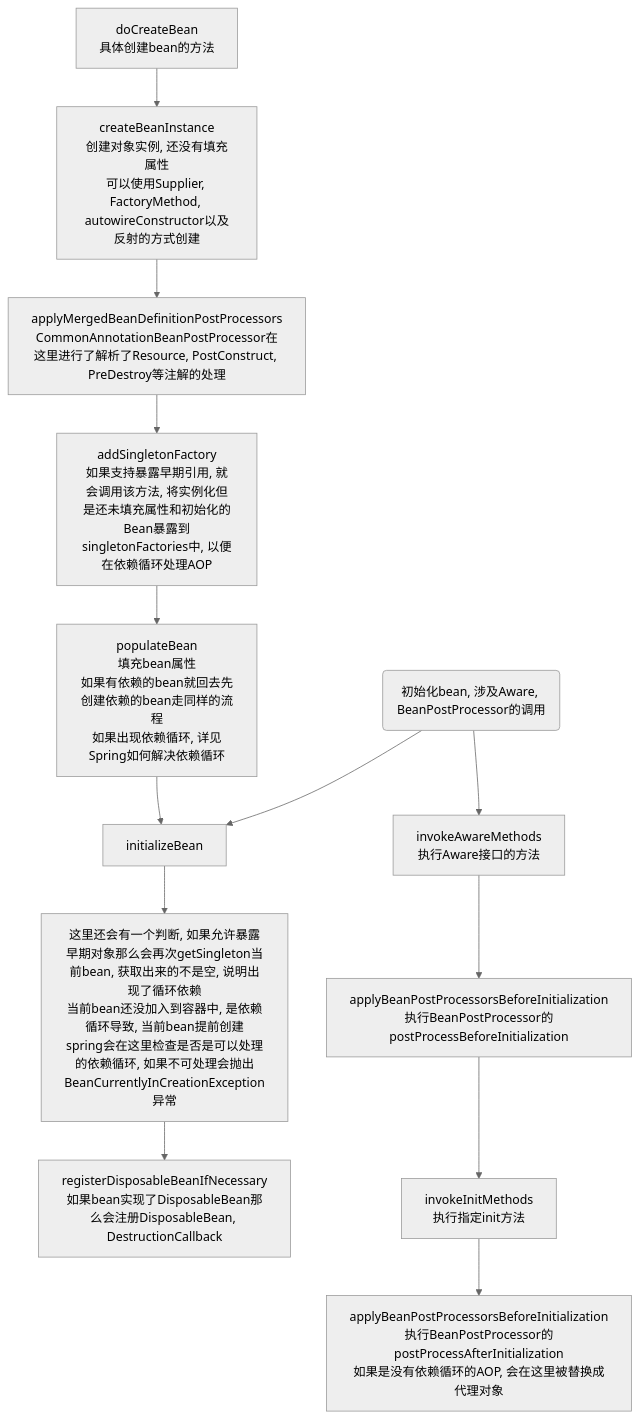
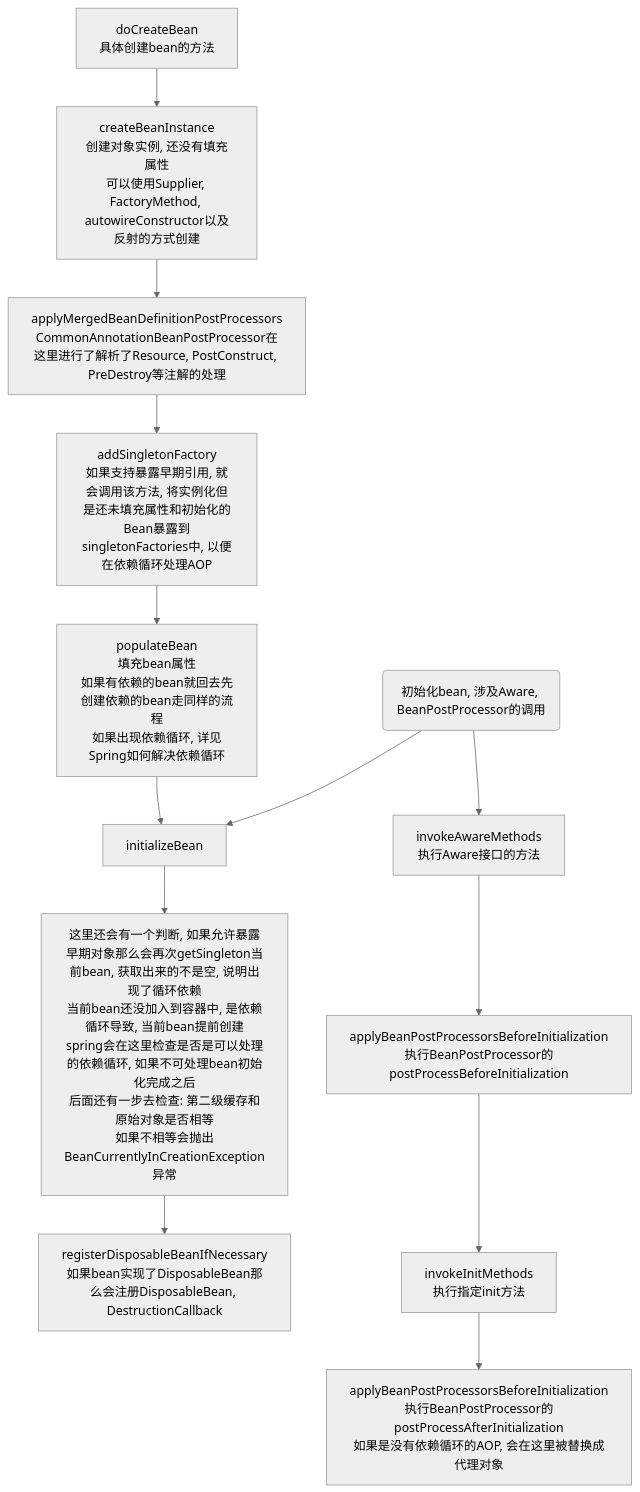
Before and after one commit to LCW-QAQ/StudayNote: diagram 12 of 12 in Spring/Spring源码.md, drawn with Mermaid (neutral theme).

````diff
--- a/Spring/Spring源码.md
+++ b/Spring/Spring源码.md
@@ -697,16 +697,16 @@
 ```mermaid
 graph TB
 doCreateBean[doCreateBean<br>具体创建bean的方法] --> createBeanInstance[createBeanInstance<br>创建对象实例, 还没有填充属性<br>可以使用Supplier, FactoryMethod, autowireConstructor以及反射的方式创建]
 	--> applyMergedBeanDefinitionPostProcessors[applyMergedBeanDefinitionPostProcessors<br>CommonAnnotationBeanPostProcessor在这里进行了解析了Resource, PostConstruct, PreDestroy等注解的处理]
 	--> addSingletonFactory[addSingletonFactory<br>如果支持暴露早期引用, 就会调用该方法, 将实例化但是还未填充属性和初始化的Bean暴露到singletonFactories中, 以便在依赖循环处理AOP]
 	--> populateBean[populateBean<br>填充bean属性<br>如果有依赖的bean就回去先创建依赖的bean走同样的流程<br>如果出现依赖循环, 详见Spring如何解决依赖循环]
 	--> initializeBean[initializeBean]
-	--> earlySingletonExposure[这里还会有一个判断, 如果允许暴露早期对象那么会再次getSingleton当前bean, 获取出来的不是空, 说明出现了循环依赖<br>当前bean还没加入到容器中, 是依赖循环导致, 当前bean提前创建<br>spring会在这里检查是否是可以处理的依赖循环, 如果不可处理会抛出BeanCurrentlyInCreationException异常]
+	--> earlySingletonExposure[这里还会有一个判断, 如果允许暴露早期对象那么会再次getSingleton当前bean, 获取出来的不是空, 说明出现了循环依赖<br>当前bean还没加入到容器中, 是依赖循环导致, 当前bean提前创建<br>spring会在这里检查是否是可以处理的依赖循环, 如果不可处理bean初始化完成之后<br>后面还有一步去检查: 第二级缓存和原始对象是否相等<br>如果不相等会抛出BeanCurrentlyInCreationException异常]
 	--> registerDisposableBeanIfNecessary[registerDisposableBeanIfNecessary<br>如果bean实现了DisposableBean那么会注册DisposableBean, DestructionCallback]
 	
 initializeBean__INFO(初始化bean, 涉及Aware, BeanPostProcessor的调用) --> initializeBean
 initializeBean__INFO --> invokeAwareMethods[invokeAwareMethods<br>执行Aware接口的方法]
 	--> applyBeanPostProcessorsBeforeInitialization[applyBeanPostProcessorsBeforeInitialization<br>执行BeanPostProcessor的postProcessBeforeInitialization]
 	--> invokeInitMethods[invokeInitMethods<br>执行指定init方法]
 	--> applyBeanPostProcessorAfterInitialization[applyBeanPostProcessorsBeforeInitialization<br>执行BeanPostProcessor的postProcessAfterInitialization<br>如果是没有依赖循环的AOP, 会在这里被替换成代理对象]
 ```
````
